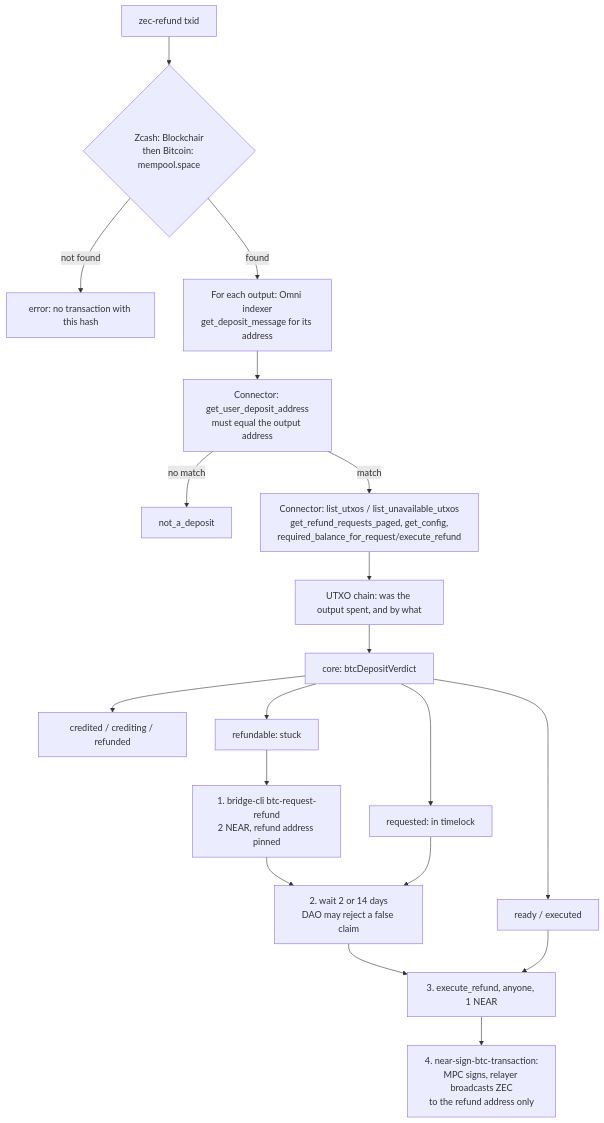
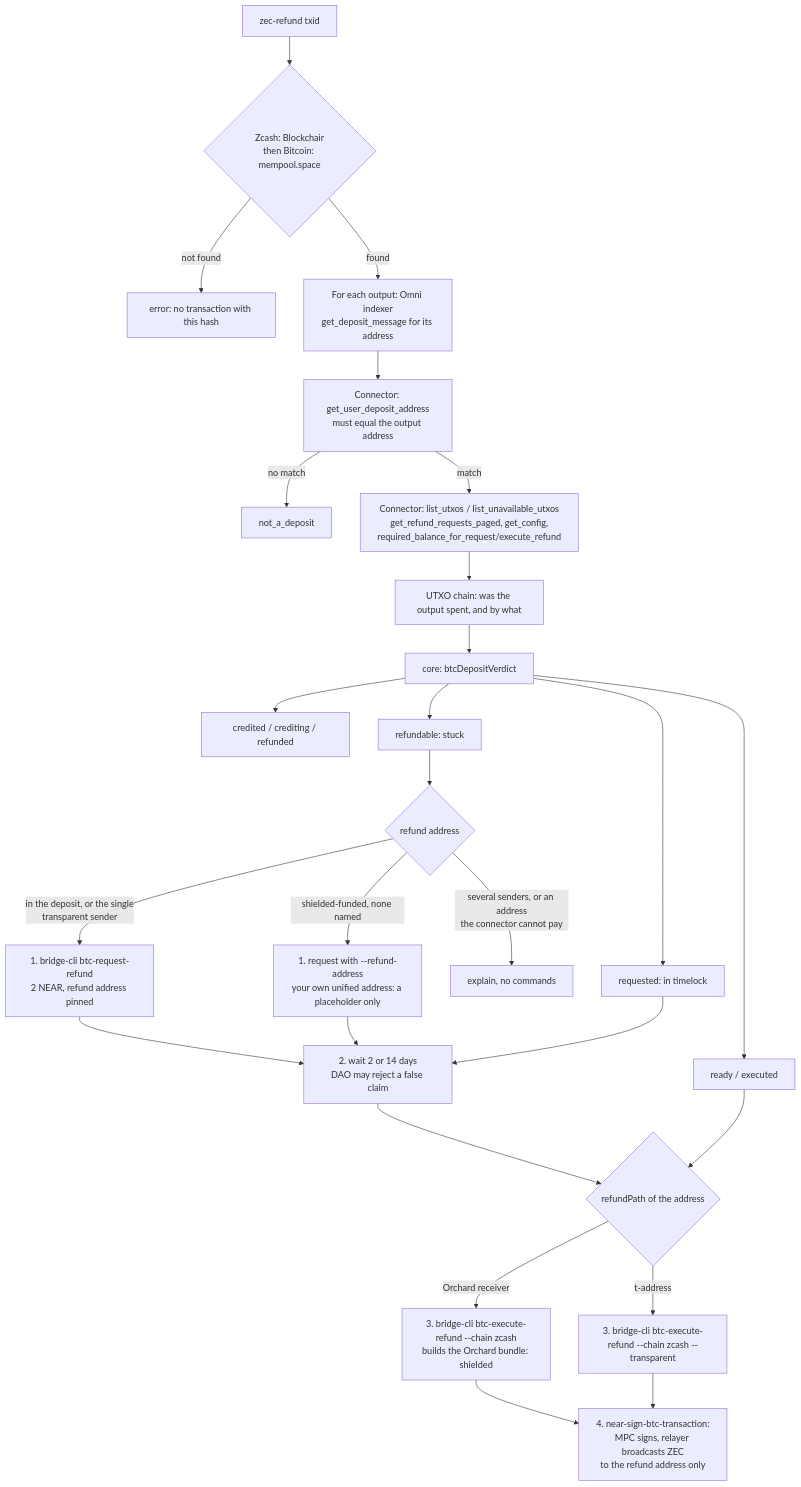
One commit to cryppit/zec-refund-helper changed the diagram in ARCHITECTURE.md. Above: the diagram before and after it, drawn with Mermaid. The commit also changed other lines of this file and 1 other file, not shown here.

Commit message:
docs: shielded refunds, shielded-funded deposits and the real fee; track, rules compliance, deployed-contract check

````diff
--- a/ARCHITECTURE.md
+++ b/ARCHITECTURE.md
@@ -14,21 +15,28 @@
 ```mermaid
 flowchart TD
   A[zec-refund txid] --> B{Zcash: Blockchair<br/>then Bitcoin: mempool.space}
   B -- not found --> E1[error: no transaction with this hash]
   B -- found --> C[For each output: Omni indexer<br/>get_deposit_message for its address]
   C --> D[Connector: get_user_deposit_address<br/>must equal the output address]
   D -- no match --> V0[not_a_deposit]
   D -- match --> F[Connector: list_utxos / list_unavailable_utxos<br/>get_refund_requests_paged, get_config,<br/>required_balance_for_request/execute_refund]
   F --> G[UTXO chain: was the output spent, and by what]
   G --> H[core: btcDepositVerdict]
   H --> V1[credited / crediting / refunded]
   H --> V2[refundable: stuck]
   H --> V3[requested: in timelock]
   H --> V4[ready / executed]
-  V2 --> S1[1. bridge-cli btc-request-refund<br/>2 NEAR, refund address pinned]
+  V2 --> R{refund address}
+  R -- in the deposit, or the single<br/>transparent sender --> S1[1. bridge-cli btc-request-refund<br/>2 NEAR, refund address pinned]
+  R -- shielded-funded, none named --> S1b[1. request with --refund-address<br/>your own unified address: a placeholder only]
+  R -- several senders, or an address<br/>the connector cannot pay --> X[explain, no commands]
   S1 --> S2[2. wait 2 or 14 days<br/>DAO may reject a false claim]
+  S1b --> S2
   V3 --> S2
-  S2 --> S3[3. execute_refund, anyone, 1 NEAR]
-  V4 --> S3
-  S3 --> S4[4. near-sign-btc-transaction:<br/>MPC signs, relayer broadcasts ZEC<br/>to the refund address only]
+  S2 --> P{refundPath of the address}
+  V4 --> P
+  P -- Orchard receiver --> S3a[3. bridge-cli btc-execute-refund --chain zcash<br/>builds the Orchard bundle: shielded]
+  P -- t-address --> S3b[3. bridge-cli btc-execute-refund --chain zcash --transparent]
+  S3a --> S4[4. near-sign-btc-transaction:<br/>MPC signs, relayer broadcasts ZEC<br/>to the refund address only]
+  S3b --> S4
 ```
````
